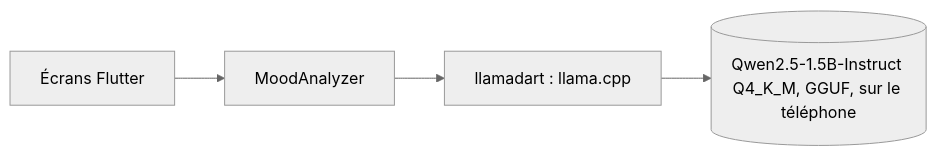
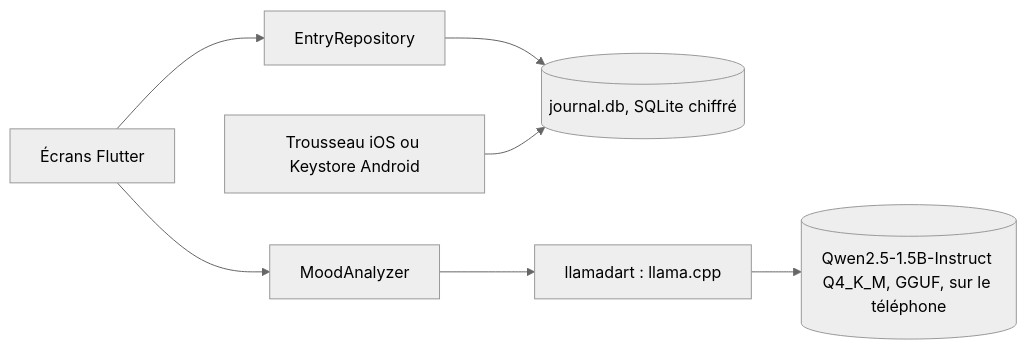
One commit to yanis-vroland/Tidemark changed the first of 2 diagrams in docs/architecture-technique.md. Above: the diagram before and after it, drawn with Mermaid (neutral theme). The commit also changed other lines of this file and 30 other files, not shown here.

````diff
--- a/docs/architecture-technique.md
+++ b/docs/architecture-technique.md
@@ -11,6 +11,9 @@
 ```mermaid
 flowchart LR
-  ui[Écrans Flutter] --> analyzer[MoodAnalyzer]
+  ui[Écrans Flutter] --> repo[EntryRepository]
+  repo --> db[(journal.db, SQLite chiffré)]
+  key[Trousseau iOS ou Keystore Android] --> db
+  ui --> analyzer[MoodAnalyzer]
   analyzer --> engine[llamadart : llama.cpp]
   engine --> model[(Qwen2.5-1.5B-Instruct Q4_K_M, GGUF, sur le téléphone)]
 ```
````
